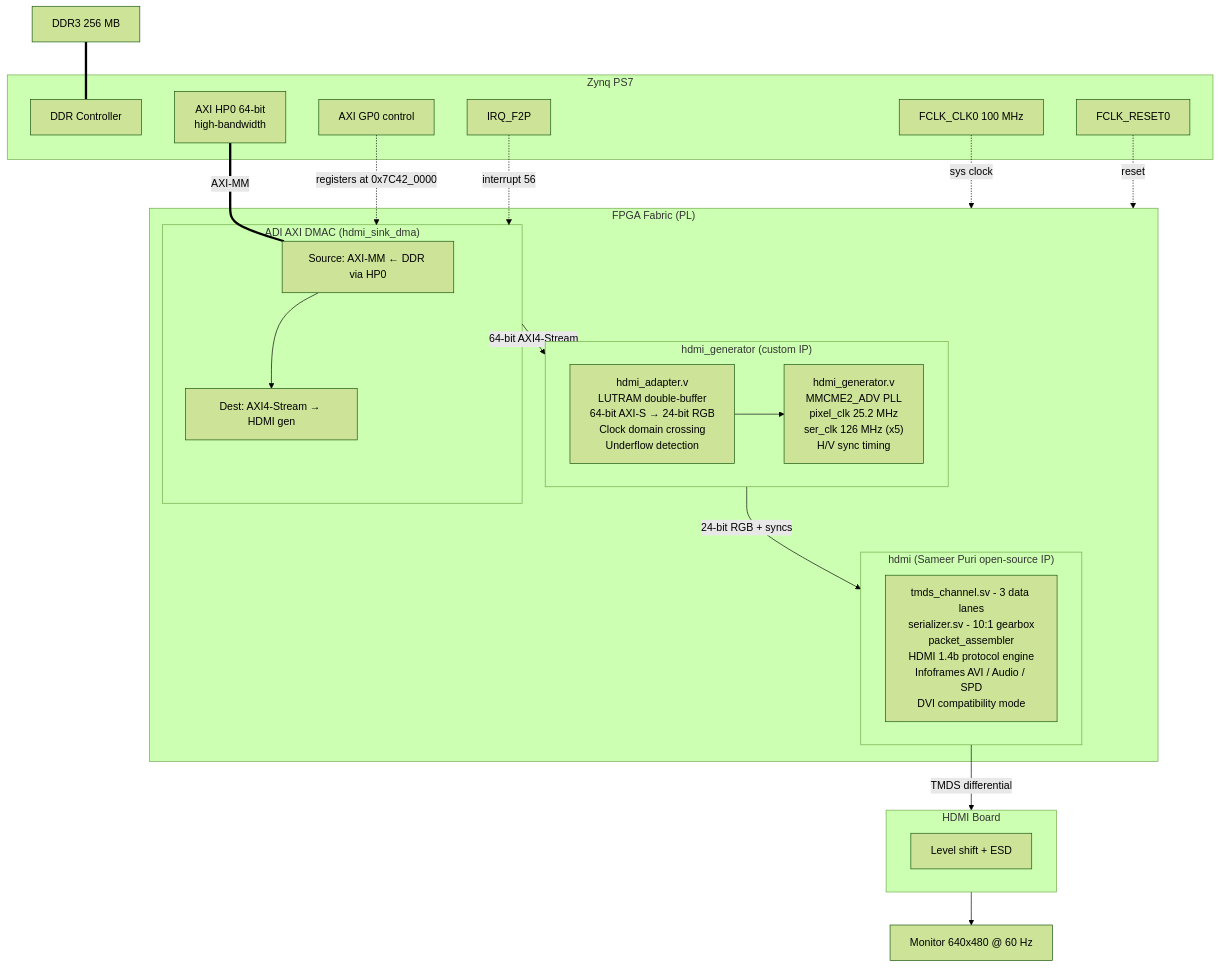
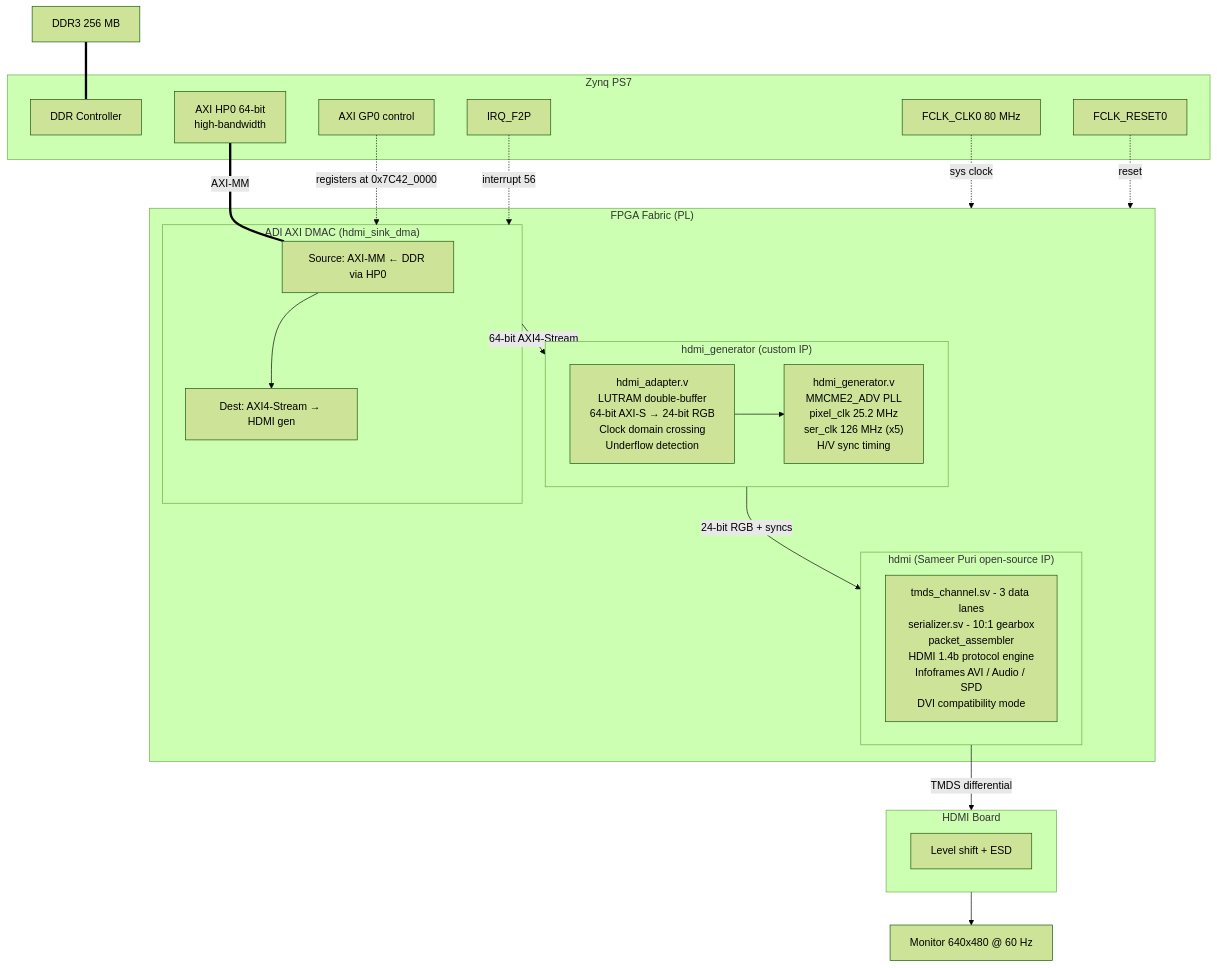
One commit to tocisz/ebaz4205-hdmi-demo changed the third of 12 diagrams in doc/ARCHITECTURE.md. Above: the diagram before and after it, drawn with Mermaid (forest theme). The commit also changed other lines of this file and 1 other file, not shown here.

First line of the commit message:
doc: update ARCHITECTURE + wedge investigation for deployed z80 SoC

````diff
--- a/doc/ARCHITECTURE.md
+++ b/doc/ARCHITECTURE.md
@@ -161,39 +161,39 @@
 ```mermaid
 graph TB
     subgraph ps["Zynq PS7"]
         ddrctrl["DDR Controller"]
         hp0["AXI HP0 64-bit<br/>high-bandwidth"]
         gp0["AXI GP0 control"]
-        fclk["FCLK_CLK0 100 MHz"]
+        fclk["FCLK_CLK0 80 MHz"]
         frst["FCLK_RESET0"]
         irq["IRQ_F2P"]
     end
     ram["DDR3 256 MB"] === ddrctrl
     subgraph pl["FPGA Fabric (PL)"]
         subgraph dmac_block["ADI AXI DMAC (hdmi_sink_dma)"]
             dma_src["Source: AXI-MM ← DDR via HP0"]
             dma_dst["Dest: AXI4-Stream → HDMI gen"]
             dma_src --> dma_dst
         end
         subgraph hgen_block["hdmi_generator (custom IP)"]
             adapter["hdmi_adapter.v<br/>LUTRAM double-buffer<br/>64-bit AXI-S → 24-bit RGB<br/>Clock domain crossing<br/>Underflow detection"]
             gen["hdmi_generator.v<br/>MMCME2_ADV PLL<br/>pixel_clk 25.2 MHz<br/>ser_clk 126 MHz (x5)<br/>H/V sync timing"]
             adapter --> gen
         end
         subgraph hdmi_block["hdmi (Sameer Puri open-source IP)"]
             tmds_ch["tmds_channel.sv - 3 data lanes<br/>serializer.sv - 10:1 gearbox<br/>packet_assembler<br/>HDMI 1.4b protocol engine<br/>Infoframes AVI / Audio / SPD<br/>DVI compatibility mode"]
         end
         dmac_block -->|64-bit AXI4-Stream| hgen_block
         hgen_block -->|24-bit RGB + syncs| hdmi_block
     end
     hp0 ===|AXI-MM| dma_src
     gp0 -.->|registers at 0x7C42_0000| dmac_block
     fclk -.->|sys clock| pl
     frst -.->|reset| pl
     irq -.->|interrupt 56| dmac_block
     subgraph hdmibrd["HDMI Board"]
         lvl["Level shift + ESD"]
     end
     hdmi_block -->|TMDS differential| hdmibrd
     hdmibrd --> mon["Monitor 640x480 @ 60 Hz"]
 ```
````
